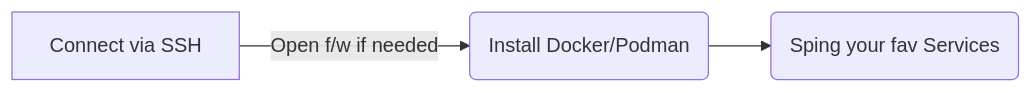
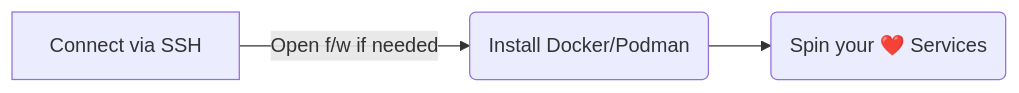
The first of 2 diagrams in content/docs/Linux_&_Cloud/selfhosting.md (JAlcocerT/Linux), drawn with Mermaid before and after one commit. The commit also changed other lines of this file and 4 other files, not shown here.

````diff
--- a/content/docs/Linux_&_Cloud/selfhosting.md
+++ b/content/docs/Linux_&_Cloud/selfhosting.md
@@ -66,6 +66,6 @@
 ```mermaid
 graph LR
     A[Connect via SSH] -- Open f/w if needed --> 
     C(Install Docker/Podman)
-    C --> D(Sping your fav Services)
+    C --> D(Spin your ❤️ Services)
 ```
````
